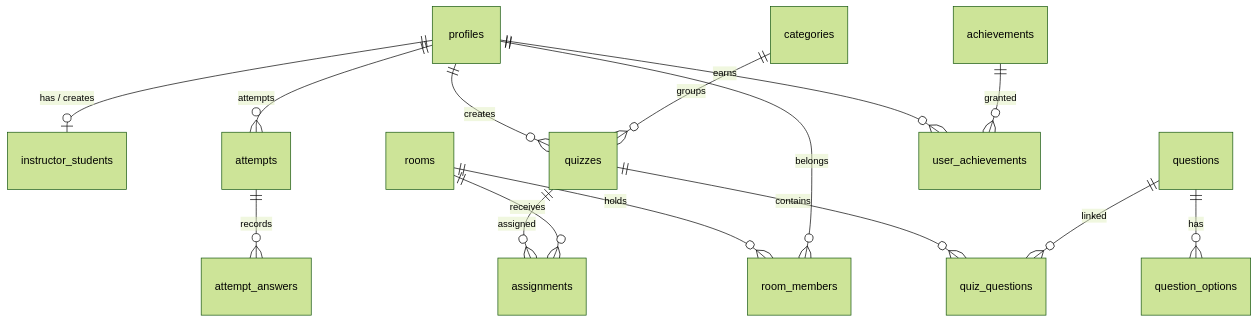
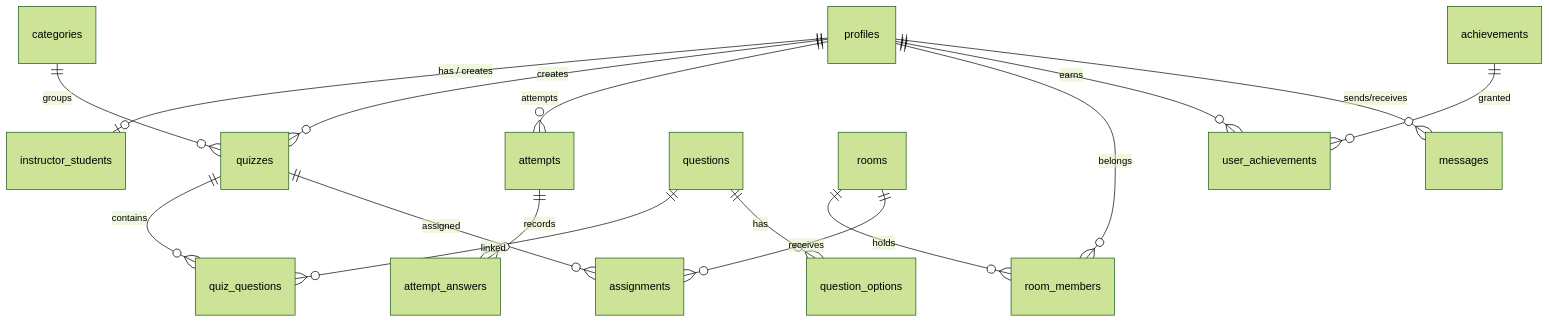
One commit to Fayed12/Quivio-web-app changed the second of 2 diagrams in README.md. Above: the diagram before and after it, drawn with Mermaid (forest theme). The commit also changed other lines of this file and 9 other files, not shown here.

````diff
--- a/README.md
+++ b/README.md
@@ -121,17 +124,18 @@
 ```mermaid
 erDiagram
     profiles ||--o| instructor_students : "has / creates"
     profiles ||--o{ quizzes : "creates"
     profiles ||--o{ attempts : "attempts"
     categories ||--o{ quizzes : "groups"
     quizzes ||--o{ quiz_questions : "contains"
     questions ||--o{ quiz_questions : "linked"
     questions ||--o{ question_options : "has"
     rooms ||--o{ room_members : "holds"
     profiles ||--o{ room_members : "belongs"
     quizzes ||--o{ assignments : "assigned"
     rooms ||--o{ assignments : "receives"
     profiles ||--o{ user_achievements : "earns"
     achievements ||--o{ user_achievements : "granted"
     attempts ||--o{ attempt_answers : "records"
+    profiles ||--o{ messages : "sends/receives"
 ```
````
